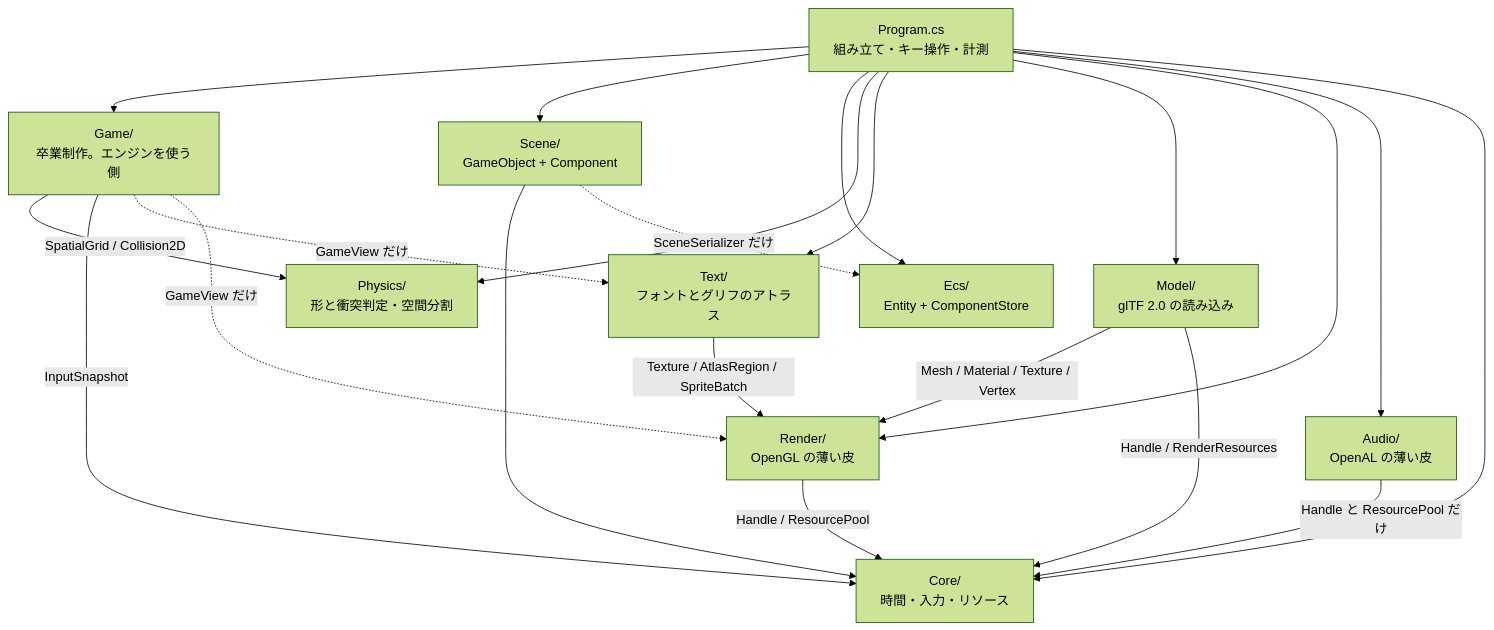
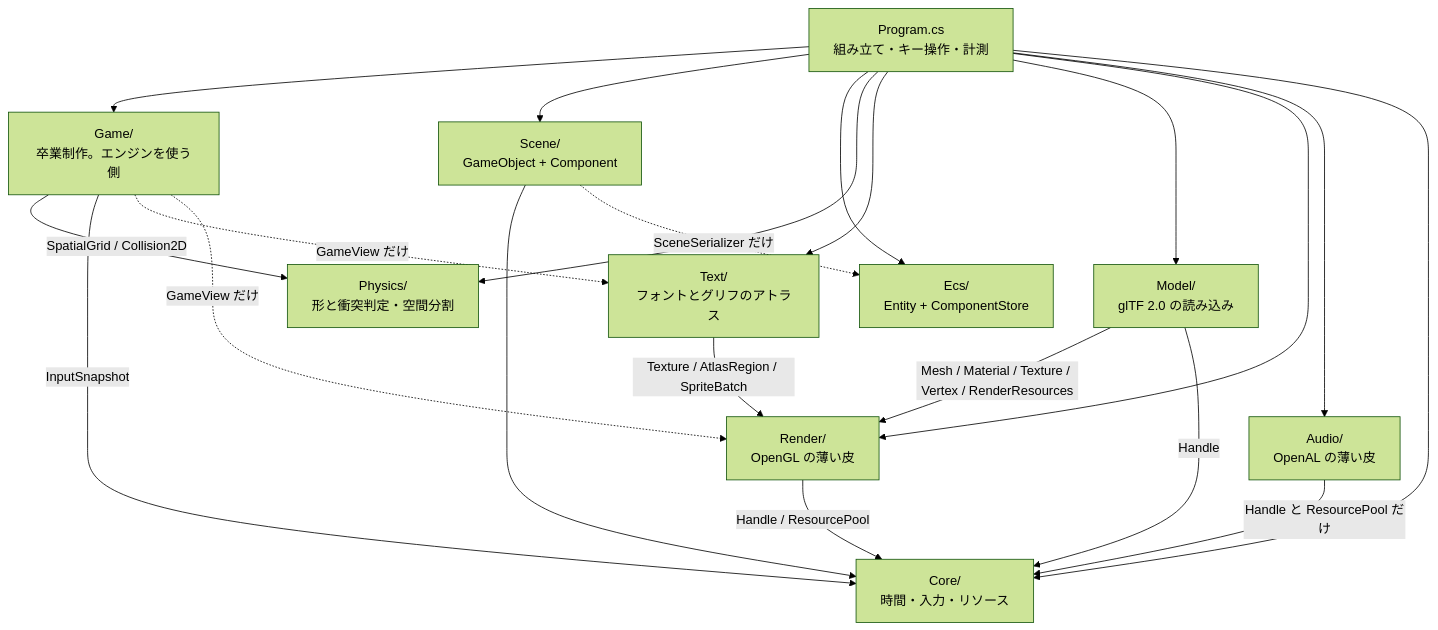
Before and after one commit to honyax/honya-game-engine: the first of 26 diagrams in docs/plans/Day33.md, drawn with Mermaid (forest theme). The commit also changed other lines of this file and 20 other files, not shown here.

First line of the commit message:
docs: Day31〜51 の設計書を RenderResources への改名・移動に合わせる

````diff
--- a/docs/plans/Day33.md
+++ b/docs/plans/Day33.md
@@ -375,34 +359,34 @@
 ```mermaid
 graph TD
     G["Game/<br/>卒業制作。エンジンを使う側"]
     P["Program.cs<br/>組み立て・キー操作・計測"]
     S["Scene/<br/>GameObject + Component"]
     E["Ecs/<br/>Entity + ComponentStore"]
     PH["Physics/<br/>形と衝突判定・空間分割"]
     T["Text/<br/>フォントとグリフのアトラス"]
     MD["Model/<br/>glTF 2.0 の読み込み"]
     R["Render/<br/>OpenGL の薄い皮"]
     A["Audio/<br/>OpenAL の薄い皮"]
     C["Core/<br/>時間・入力・リソース"]
 
     P --> G
     P --> S
     P --> E
     P --> PH
     P --> T
     P --> MD
     P --> R
     P --> A
     P --> C
-    MD -->|"Mesh / Material / Texture / Vertex"| R
-    MD -->|"Handle / RenderResources"| C
+    MD -->|"Mesh / Material / Texture / Vertex / RenderResources"| R
+    MD -->|"Handle"| C
     G -->|SpatialGrid / Collision2D| PH
     G -->|InputSnapshot| C
     G -.->|GameView だけ| T
     G -.->|GameView だけ| R
     S --> C
     S -.->|SceneSerializer だけ| E
     T -->|Texture / AtlasRegion / SpriteBatch| R
     R -->|Handle / ResourcePool| C
     A -->|Handle と ResourcePool だけ| C
 ```
````
